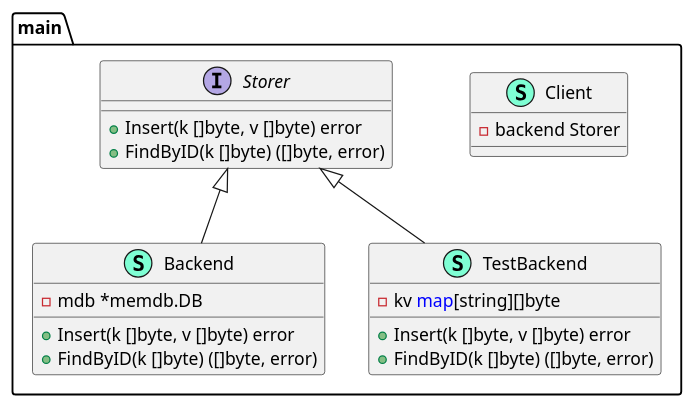
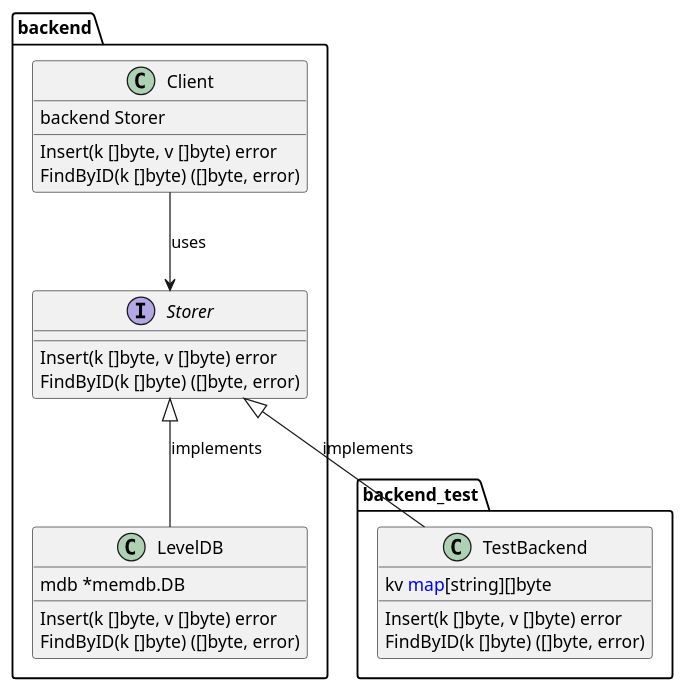
Before and after one commit to chvois1/ioc-go: the diagram in doc/01-di.puml, drawn with PlantUML. The commit also changed 9 other files, not shown here.

```diff
--- a/doc/01-di.puml
+++ b/doc/01-di.puml
@@ -1,31 +1,32 @@
-@startuml
-namespace main {
-    class Backend << (S,Aquamarine) >> {
-        - mdb *memdb.DB
-
-        + Insert(k []byte, v []byte) error
-        + FindByID(k []byte) ([]byte, error)
-
+@startuml 01-di
+namespace backend {
+    class LevelDB {
+        mdb *memdb.DB
+        Insert(k []byte, v []byte) error
+        FindByID(k []byte) ([]byte, error)
     }
-    class Client << (S,Aquamarine) >> {
-        - backend Storer
+    class Client {
+        backend Storer
+        Insert(k []byte, v []byte) error
+        FindByID(k []byte) ([]byte, error)
 
     }
     interface Storer  {
-        + Insert(k []byte, v []byte) error
-        + FindByID(k []byte) ([]byte, error)
-
-    }
-    class TestBackend << (S,Aquamarine) >> {
-        - kv <font color=blue>map</font>[string][]byte
-
-        + Insert(k []byte, v []byte) error
-        + FindByID(k []byte) ([]byte, error)
+        Insert(k []byte, v []byte) error
+        FindByID(k []byte) ([]byte, error)
 
     }
 }
+namespace backend_test {
+    class TestBackend  {
+        kv <font color=blue>map</font>[string][]byte
+        Insert(k []byte, v []byte) error
+        FindByID(k []byte) ([]byte, error)
+    }
+}
 
-"main.Storer" <|-- "main.Backend"
-"main.Storer" <|-- "main.TestBackend"
+backend.Client --> backend.Storer : uses
+backend.Storer <|-- backend.LevelDB : implements
+backend.Storer <|-- backend_test.TestBackend : implements
 
 @enduml
```
